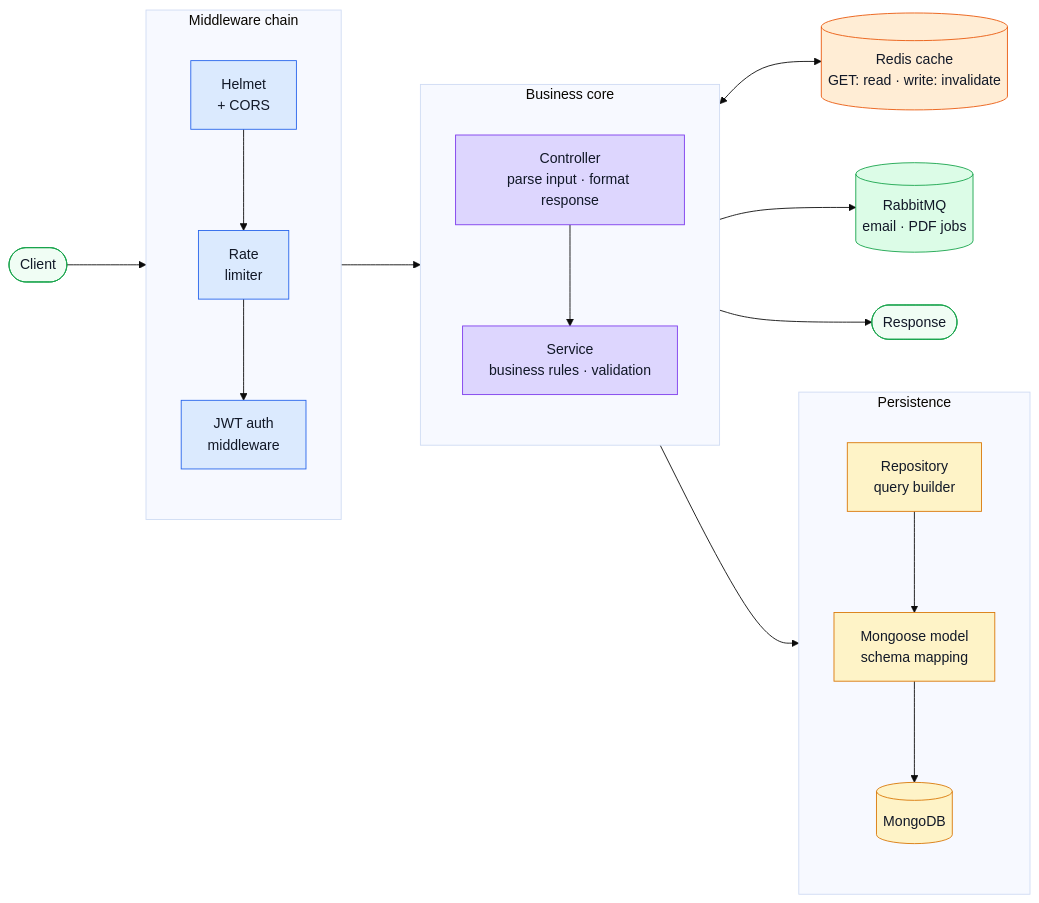
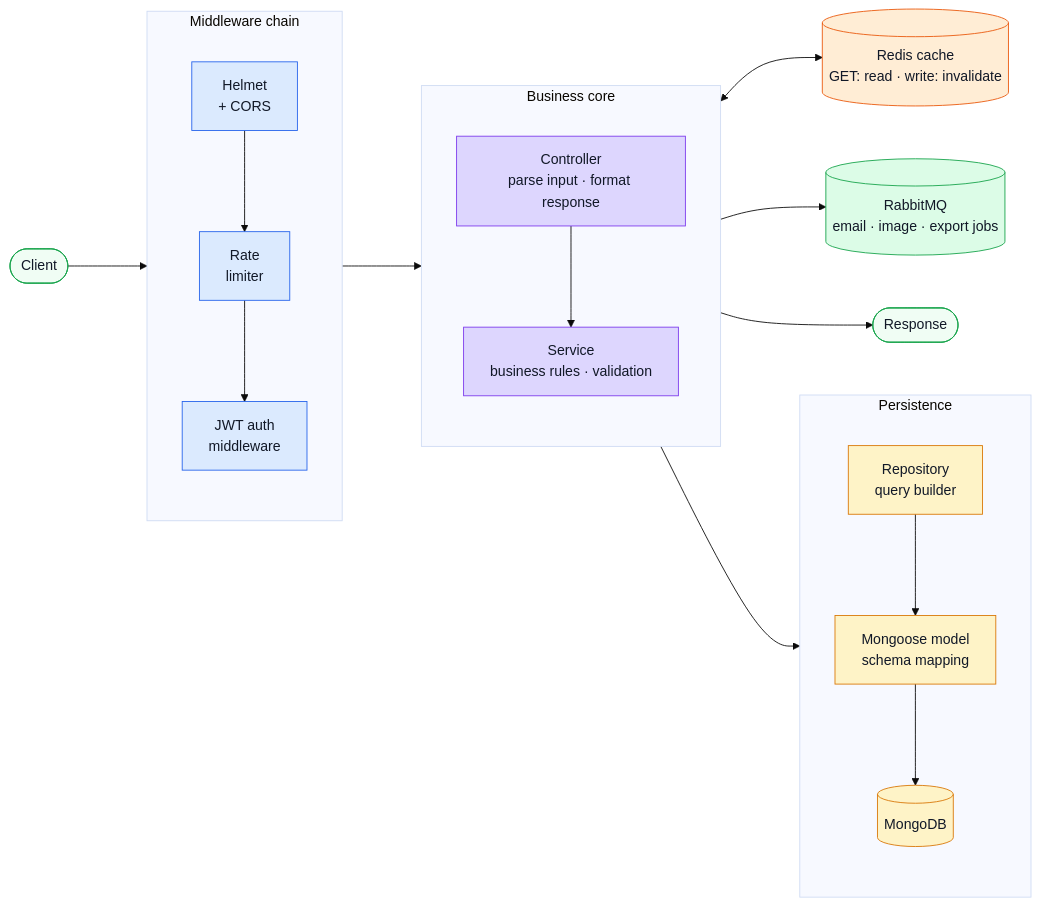
Before and after one commit to Guebbit/boilerplate-node-backend: the first of 2 diagrams in docs/understand/request-flow.md, drawn with Mermaid (base theme). The commit also changed other lines of this file and 4 other files, not shown here.

````diff
--- a/docs/understand/request-flow.md
+++ b/docs/understand/request-flow.md
@@ -14,53 +14,53 @@
 ```mermaid
 %%{init: {'flowchart': {'nodeSpacing': 60, 'rankSpacing': 90}}}%%
 flowchart LR
     Client(["Client"])
 
     subgraph MW ["Middleware chain"]
         direction TB
         Helmet["Helmet\n+ CORS"]
         Rate["Rate\nlimiter"]
         Auth["JWT auth\nmiddleware"]
         Helmet --> Rate --> Auth
     end
 
     subgraph Core ["Business core"]
         direction TB
         Ctrl["Controller\nparse input · format response"]
         Svc["Service\nbusiness rules · validation"]
         Ctrl --> Svc
     end
 
     subgraph Persist ["Persistence"]
         direction TB
         Repo["Repository\nquery builder"]
         Model["Mongoose model\nschema mapping"]
         Mongo[("MongoDB")]
         Repo --> Model --> Mongo
     end
 
     Cache[("Redis cache\nGET: read · write: invalidate")]
-    Queue[("RabbitMQ\nemail · PDF jobs")]
+    Queue[("RabbitMQ\nemail · image · export jobs")]
     Resp(["Response"])
 
     Client --> Helmet
     Auth   --> Ctrl
     Svc    --> Repo
     Ctrl  <--> Cache
     Svc    --> Queue
     Ctrl   --> Resp
 
     classDef client fill:#f0fdf4,stroke:#16a34a,color:#111827;
     classDef mw     fill:#dbeafe,stroke:#2563eb,color:#111827;
     classDef core   fill:#ddd6fe,stroke:#7c3aed,color:#111827;
     classDef data   fill:#fef3c7,stroke:#d97706,color:#111827;
     classDef cache  fill:#ffedd5,stroke:#ea580c,color:#111827;
     classDef queue  fill:#dcfce7,stroke:#16a34a,color:#111827;
 
     class Client,Resp client;
     class Helmet,Rate,Auth mw;
     class Ctrl,Svc core;
     class Repo,Model,Mongo data;
     class Cache cache;
     class Queue queue;
 ```
````
